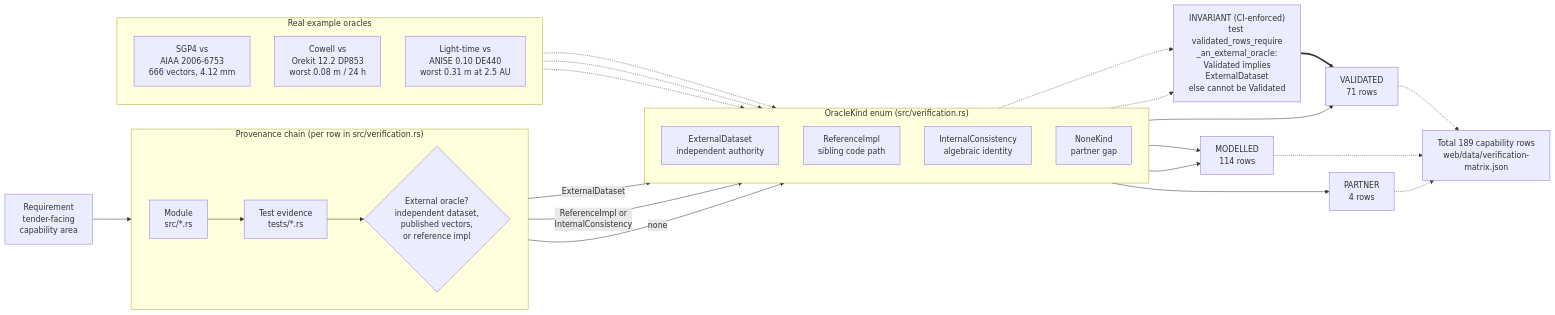
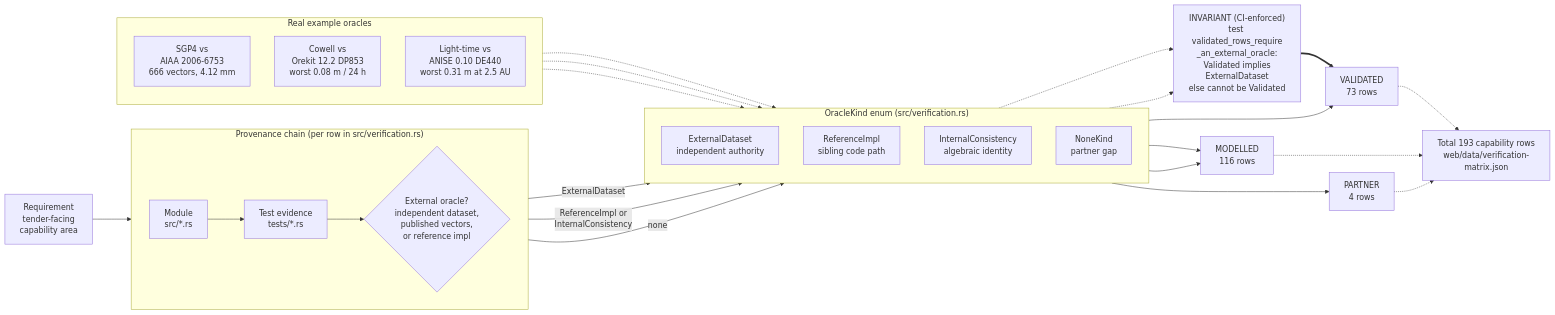
The diagram in docs/diagrams/validation-provenance.mmd (ashfordeOU/kshana), drawn with Mermaid before and after one commit. The commit also changed 55 other files, not shown here.

```diff
--- a/docs/diagrams/validation-provenance.mmd
+++ b/docs/diagrams/validation-provenance.mmd
@@ -1,49 +1,49 @@
 flowchart LR
     REQ["Requirement<br/>tender-facing<br/>capability area"]
 
     subgraph CHAIN["Provenance chain (per row in src/verification.rs)"]
         direction LR
         MOD["Module<br/>src/*.rs"]
         TST["Test evidence<br/>tests/*.rs"]
         ORA{"External oracle?<br/>independent dataset,<br/>published vectors,<br/>or reference impl"}
     end
 
     REQ --> MOD --> TST --> ORA
 
     subgraph KINDS["OracleKind enum (src/verification.rs)"]
         direction TD
         EXT["ExternalDataset<br/>independent authority"]
         REF["ReferenceImpl<br/>sibling code path"]
         INT["InternalConsistency<br/>algebraic identity"]
         NON["NoneKind<br/>partner gap"]
     end
 
     ORA -->|ExternalDataset| EXT
     ORA -->|"ReferenceImpl or<br/>InternalConsistency"| INT
     ORA -->|none| NON
 
     GUARD["INVARIANT (CI-enforced)<br/>test validated_rows_require<br/>_an_external_oracle:<br/>Validated implies<br/>ExternalDataset<br/>else cannot be Validated"]
     EXT -.-> GUARD
     INT -.-> GUARD
 
-    EXT --> VAL["VALIDATED<br/>71 rows"]
-    REF --> MDL["MODELLED<br/>114 rows"]
+    EXT --> VAL["VALIDATED<br/>73 rows"]
+    REF --> MDL["MODELLED<br/>116 rows"]
     INT --> MDL
     NON --> PRT["PARTNER<br/>4 rows"]
     GUARD ==> VAL
 
     subgraph EX["Real example oracles"]
         direction TD
         E1["SGP4 vs<br/>AIAA 2006-6753<br/>666 vectors, 4.12 mm"]
         E2["Cowell vs<br/>Orekit 12.2 DP853<br/>worst 0.08 m / 24 h"]
         E3["Light-time vs<br/>ANISE 0.10 DE440<br/>worst 0.31 m at 2.5 AU"]
     end
 
     E1 -.-> EXT
     E2 -.-> EXT
     E3 -.-> EXT
 
-    TOTAL["Total 189 capability rows<br/>web/data/verification-matrix.json"]
+    TOTAL["Total 193 capability rows<br/>web/data/verification-matrix.json"]
     VAL -.-> TOTAL
     MDL -.-> TOTAL
     PRT -.-> TOTAL
```
